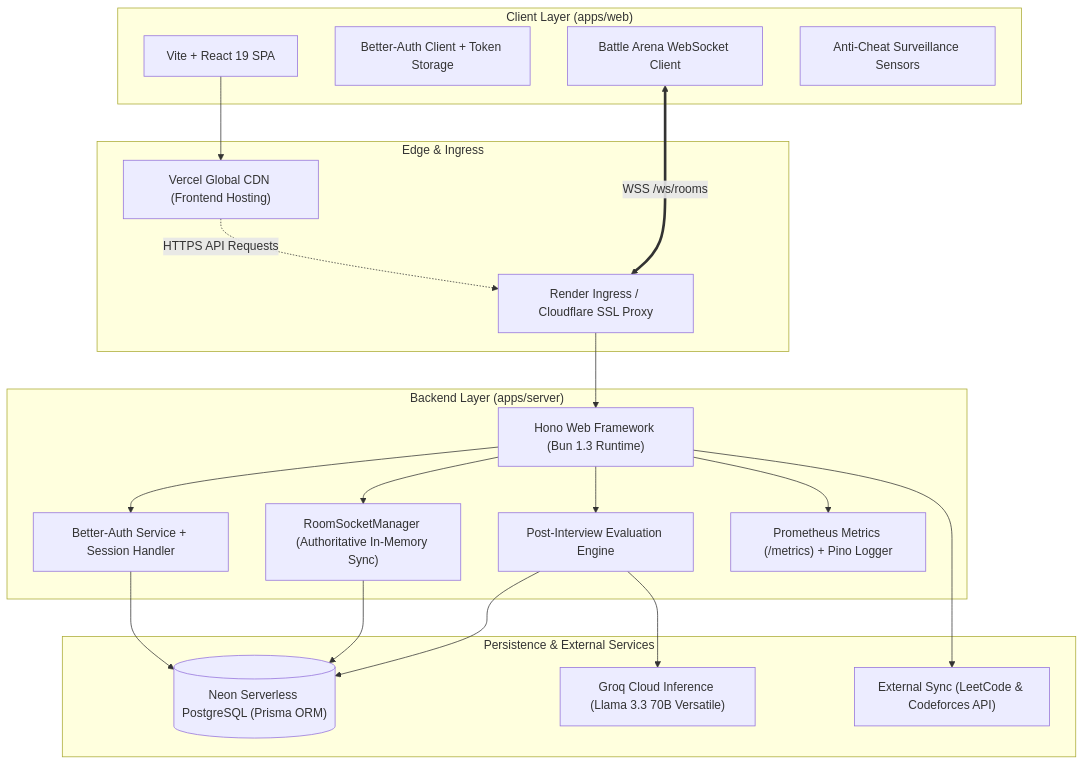
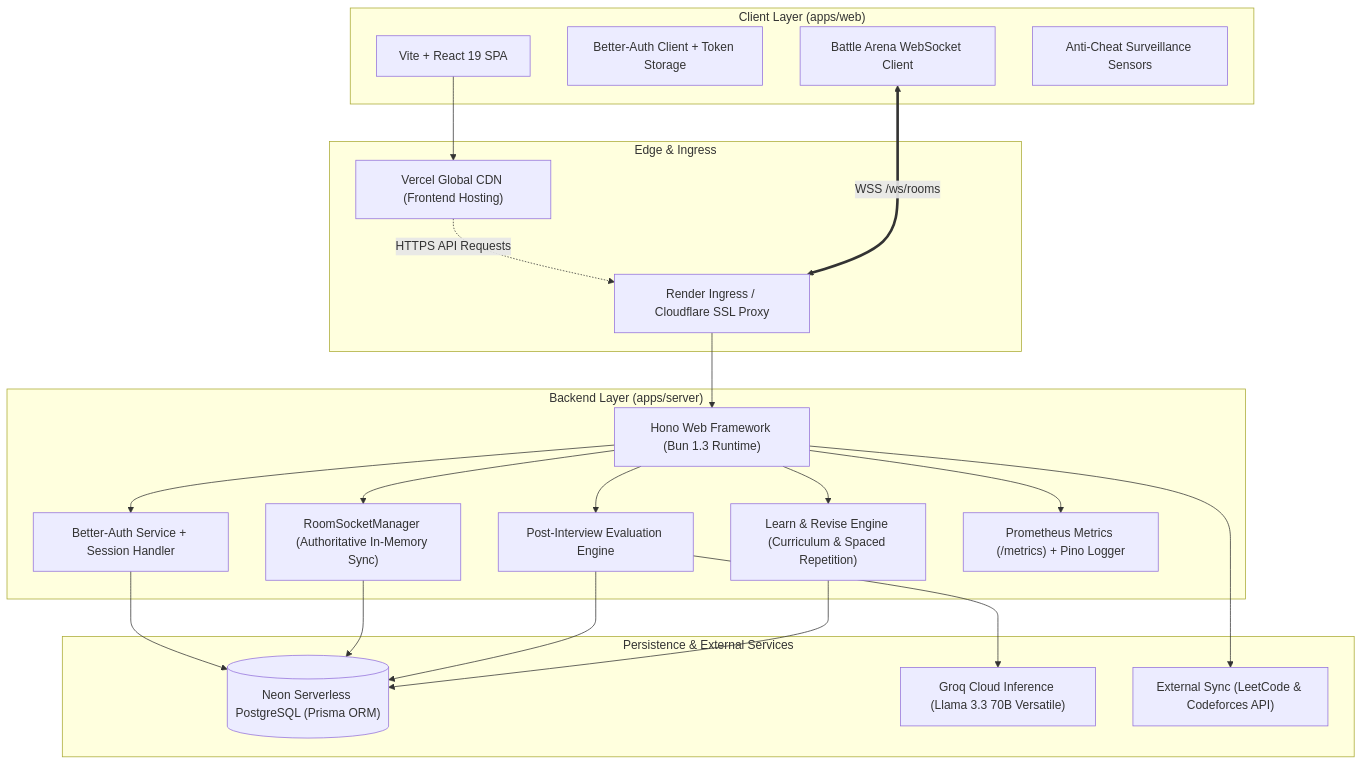
Before and after one commit to LalitWagh34/intervue: the first of 4 diagrams in system-architecture.md, drawn with Mermaid. The commit also changed other lines of this file and 22 other files, not shown here.

````diff
--- a/system-architecture.md
+++ b/system-architecture.md
@@ -30,44 +31,47 @@
 ```mermaid
 flowchart TD
     subgraph ClientLayer ["Client Layer (apps/web)"]
         SPA["Vite + React 19 SPA"]
         AuthClient["Better-Auth Client + Token Storage"]
         WSClient["Battle Arena WebSocket Client"]
         Sensors["Anti-Cheat Surveillance Sensors"]
     end
 
     subgraph EdgeLayer ["Edge & Ingress"]
         VercelEdge["Vercel Global CDN (Frontend Hosting)"]
         RenderIngress["Render Ingress / Cloudflare SSL Proxy"]
     end
 
     subgraph ServerLayer ["Backend Layer (apps/server)"]
         HonoApp["Hono Web Framework (Bun 1.3 Runtime)"]
         AuthService["Better-Auth Service + Session Handler"]
         RoomManager["RoomSocketManager (Authoritative In-Memory Sync)"]
         EvaluationEngine["Post-Interview Evaluation Engine"]
+        LearnEngine["Learn & Revise Engine (Curriculum & Spaced Repetition)"]
         MetricsPino["Prometheus Metrics (/metrics) + Pino Logger"]
     end
 
     subgraph DataLayer ["Persistence & External Services"]
         NeonDB[("Neon Serverless PostgreSQL (Prisma ORM)")]
         GroqAI["Groq Cloud Inference (Llama 3.3 70B Versatile)"]
         ExternalPlatforms["External Sync (LeetCode & Codeforces API)"]
     end
 
     SPA --> VercelEdge
     VercelEdge -.->|HTTPS API Requests| RenderIngress
     WSClient <==>|WSS /ws/rooms| RenderIngress
     RenderIngress --> HonoApp
 
     HonoApp --> AuthService
     HonoApp --> RoomManager
     HonoApp --> EvaluationEngine
+    HonoApp --> LearnEngine
     HonoApp --> MetricsPino
 
     AuthService --> NeonDB
     RoomManager --> NeonDB
     EvaluationEngine --> GroqAI
     EvaluationEngine --> NeonDB
+    LearnEngine --> NeonDB
     HonoApp --> ExternalPlatforms
 ```
````
